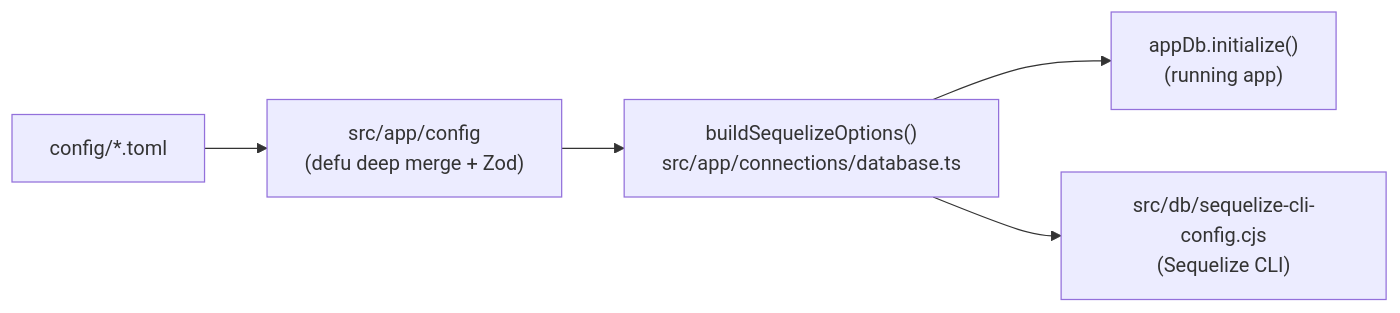
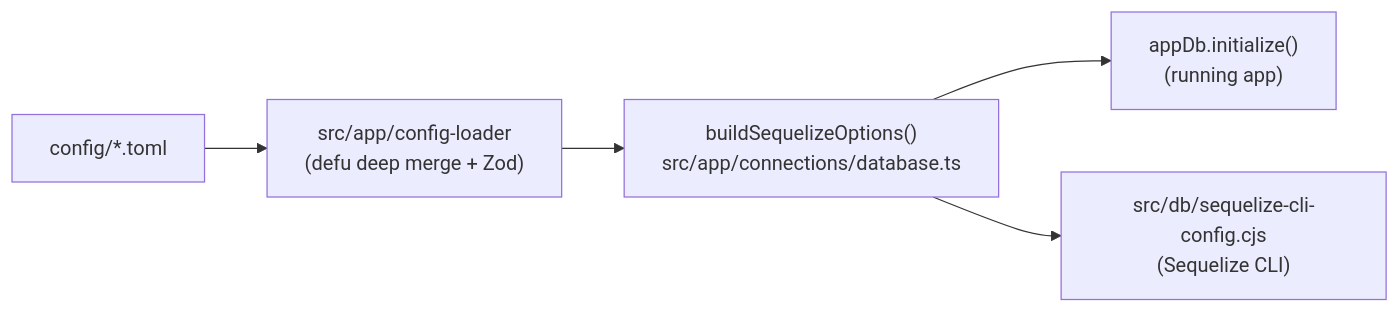
One commit to akarui2004/funny-project-001 changed the diagram in docs/database-config-loader.md. Above: the diagram before and after it, drawn with Mermaid. The commit also changed other lines of this file and 23 other files, not shown here.

````diff
--- a/docs/database-config-loader.md
+++ b/docs/database-config-loader.md
@@ -9,7 +9,7 @@
 ```mermaid
 flowchart LR
-    TOML["config/*.toml"] --> AppConfig["src/app/config<br/>(defu deep merge + Zod)"]
+    TOML["config/*.toml"] --> AppConfig["src/app/config-loader<br/>(defu deep merge + Zod)"]
     AppConfig --> Builder["buildSequelizeOptions()<br/>src/app/connections/database.ts"]
     Builder --> Runtime["appDb.initialize()<br/>(running app)"]
     Builder --> CLI["src/db/sequelize-cli-config.cjs<br/>(Sequelize CLI)"]
 ```
````
